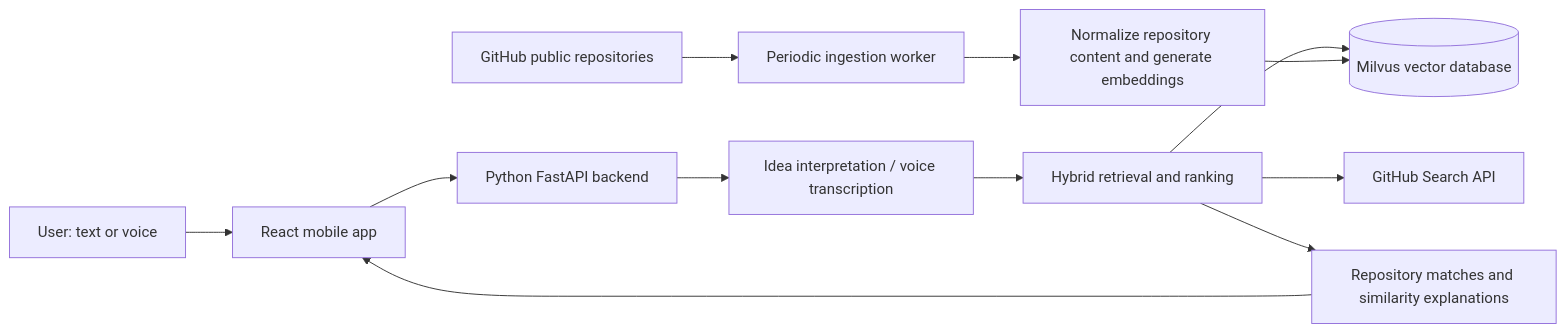
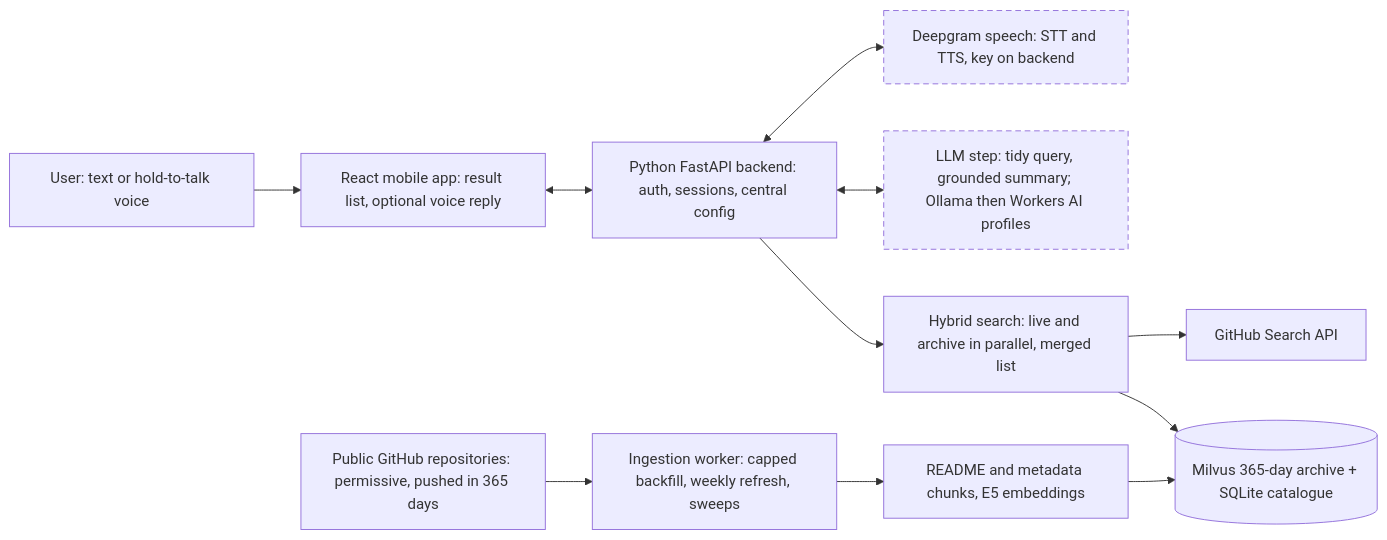
The diagram in docs/architecture.mmd (SumukhaK/open-source-projectFinder), drawn with Mermaid before and after one commit. The commit also changed 18 other files, not shown here.

First line of the commit message:
Record the agreed voice assistant plan and update architecture diagrams

```diff
--- a/docs/architecture.mmd
+++ b/docs/architecture.mmd
@@ -1,12 +1,14 @@
 flowchart LR
-    User[User: text or voice] --> Mobile[React mobile app]
-    Mobile --> API[Python FastAPI backend]
-    API --> Interpret[Idea interpretation / voice transcription]
-    Interpret --> Search[Hybrid retrieval and ranking]
-    Search --> Milvus[(Milvus vector database)]
+    %% Dashed nodes are planned by the voice assistant plan (V1-V3).
+    User[User: text or hold-to-talk voice] --> Mobile[React mobile app: result list, optional voice reply]
+    Mobile <--> API[Python FastAPI backend: auth, sessions, central config]
+    API <--> Speech[Deepgram speech: STT and TTS, key on backend]
+    API <--> LLM[LLM step: tidy query, grounded summary; Ollama then Workers AI profiles]
+    API --> Search[Hybrid search: live and archive in parallel, merged list]
     Search --> GitHub[GitHub Search API]
-    Search --> Results[Repository matches and similarity explanations]
-    Results --> Mobile
-    Public[GitHub public repositories] --> Worker[Periodic ingestion worker]
-    Worker --> Embed[Normalize repository content and generate embeddings]
+    Search --> Milvus[(Milvus 365-day archive + SQLite catalogue)]
+    Public[Public GitHub repositories: permissive, pushed in 365 days] --> Worker[Ingestion worker: capped backfill, weekly refresh, sweeps]
+    Worker --> Embed[README and metadata chunks, E5 embeddings]
     Embed --> Milvus
+    classDef planned stroke-dasharray: 6 4
+    class Speech,LLM planned
```
